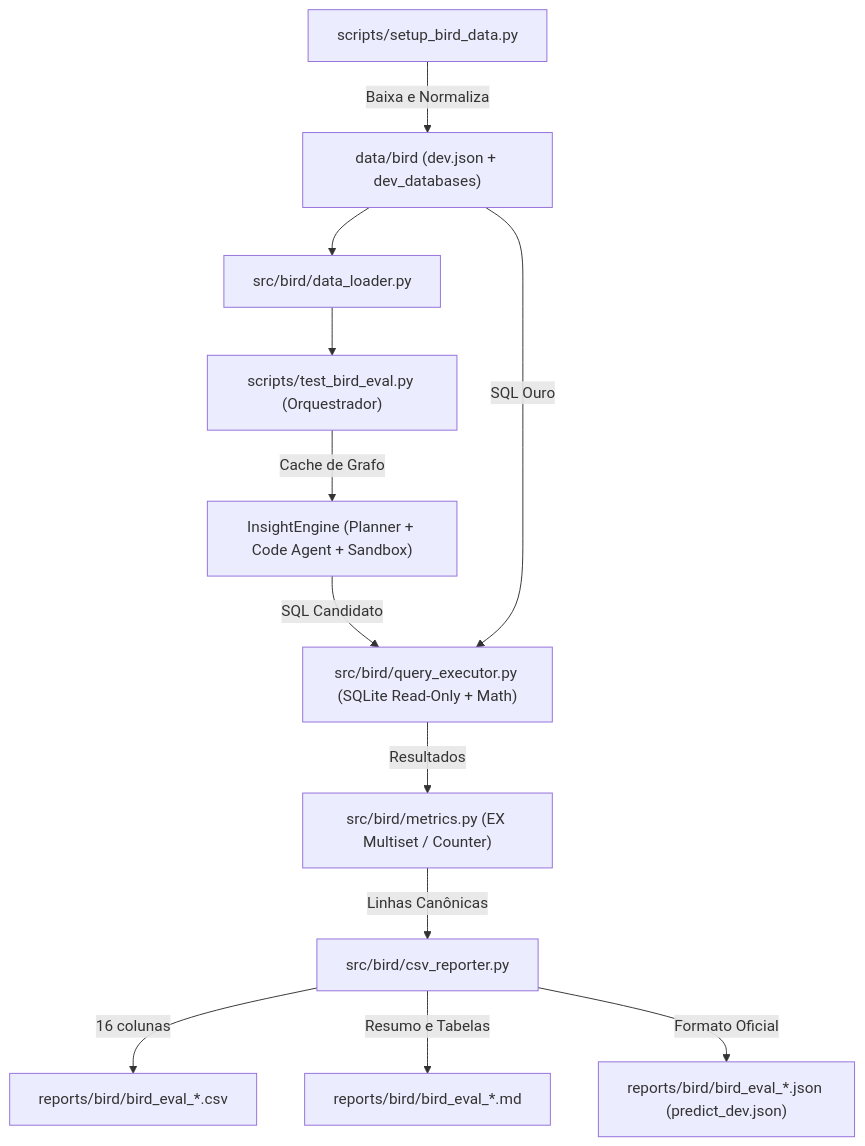
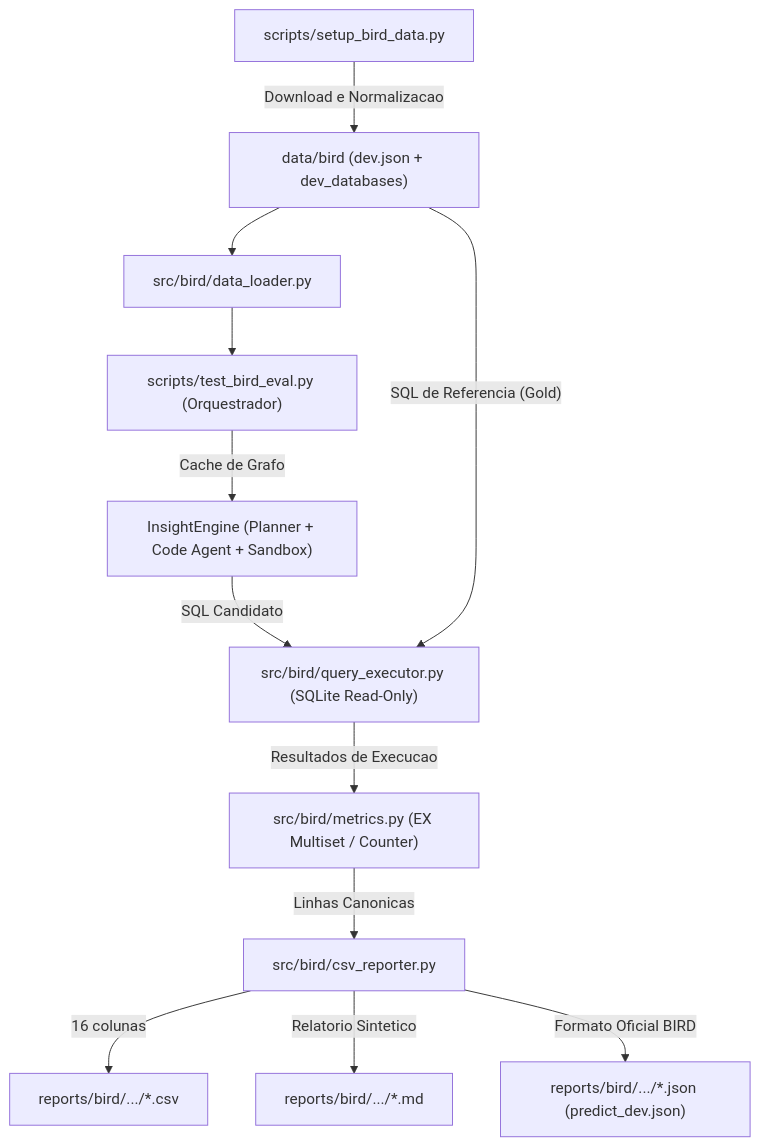
The diagram in src/bird/BENCHMARK.md (gruporaia/TextToInsight), drawn with Mermaid before and after one commit. The commit also changed other lines of this file and 4 other files, not shown here.

````diff
--- a/src/bird/BENCHMARK.md
+++ b/src/bird/BENCHMARK.md
@@ -11,14 +11,14 @@
 ```mermaid
 flowchart TD
-    Setup["scripts/setup_bird_data.py"] -->|"Baixa e Normaliza"| Data["data/bird (dev.json + dev_databases)"]
+    Setup["scripts/setup_bird_data.py"] -->|"Download e Normalizacao"| Data["data/bird (dev.json + dev_databases)"]
     Data --> Loader["src/bird/data_loader.py"]
     Loader --> CLI["scripts/test_bird_eval.py (Orquestrador)"]
     CLI -->|"Cache de Grafo"| Engine["InsightEngine (Planner + Code Agent + Sandbox)"]
-    Engine -->|"SQL Candidato"| Executor["src/bird/query_executor.py (SQLite Read-Only + Math)"]
-    Data -->|"SQL Ouro"| Executor
-    Executor -->|"Resultados"| Metrics["src/bird/metrics.py (EX Multiset / Counter)"]
-    Metrics -->|"Linhas Canônicas"| Reporter["src/bird/csv_reporter.py"]
-    Reporter -->|"16 colunas"| CSV["reports/bird/bird_eval_*.csv"]
-    Reporter -->|"Resumo e Tabelas"| MD["reports/bird/bird_eval_*.md"]
-    Reporter -->|"Formato Oficial"| JSON["reports/bird/bird_eval_*.json (predict_dev.json)"]
+    Engine -->|"SQL Candidato"| Executor["src/bird/query_executor.py (SQLite Read-Only)"]
+    Data -->|"SQL de Referencia (Gold)"| Executor
+    Executor -->|"Resultados de Execucao"| Metrics["src/bird/metrics.py (EX Multiset / Counter)"]
+    Metrics -->|"Linhas Canonicas"| Reporter["src/bird/csv_reporter.py"]
+    Reporter -->|"16 colunas"| CSV["reports/bird/.../*.csv"]
+    Reporter -->|"Relatorio Sintetico"| MD["reports/bird/.../*.md"]
+    Reporter -->|"Formato Oficial BIRD"| JSON["reports/bird/.../*.json (predict_dev.json)"]
 ```
````
